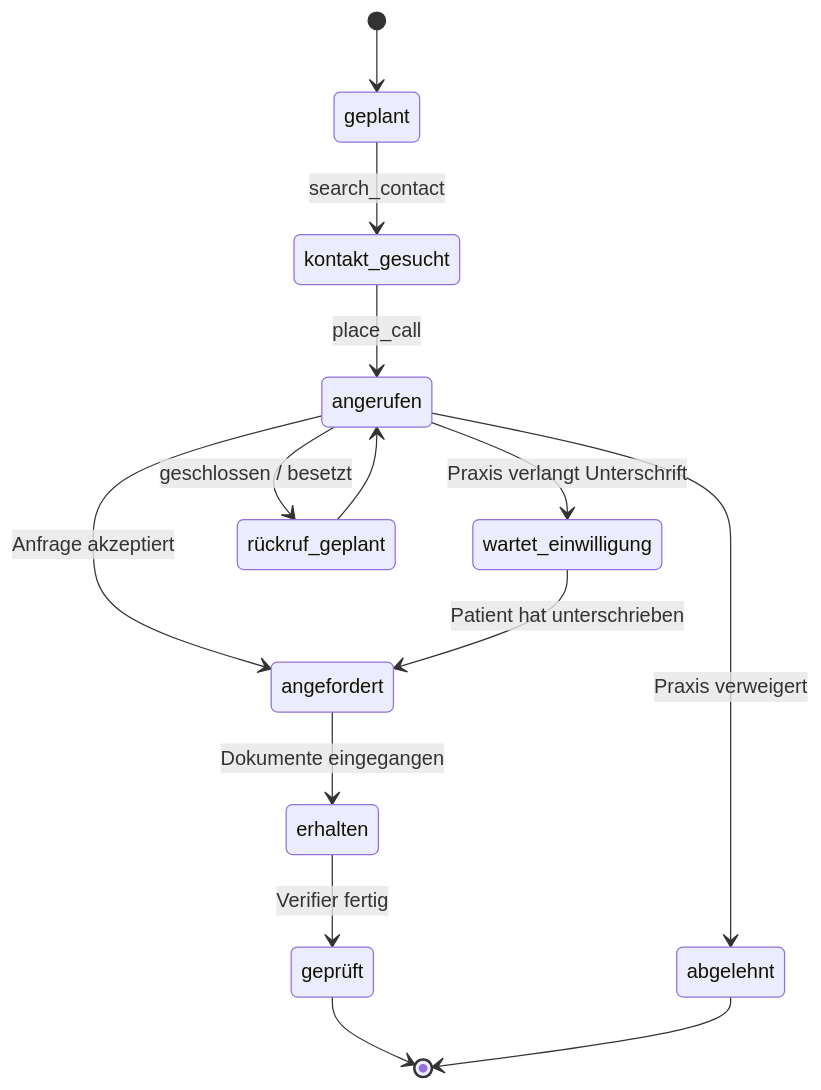
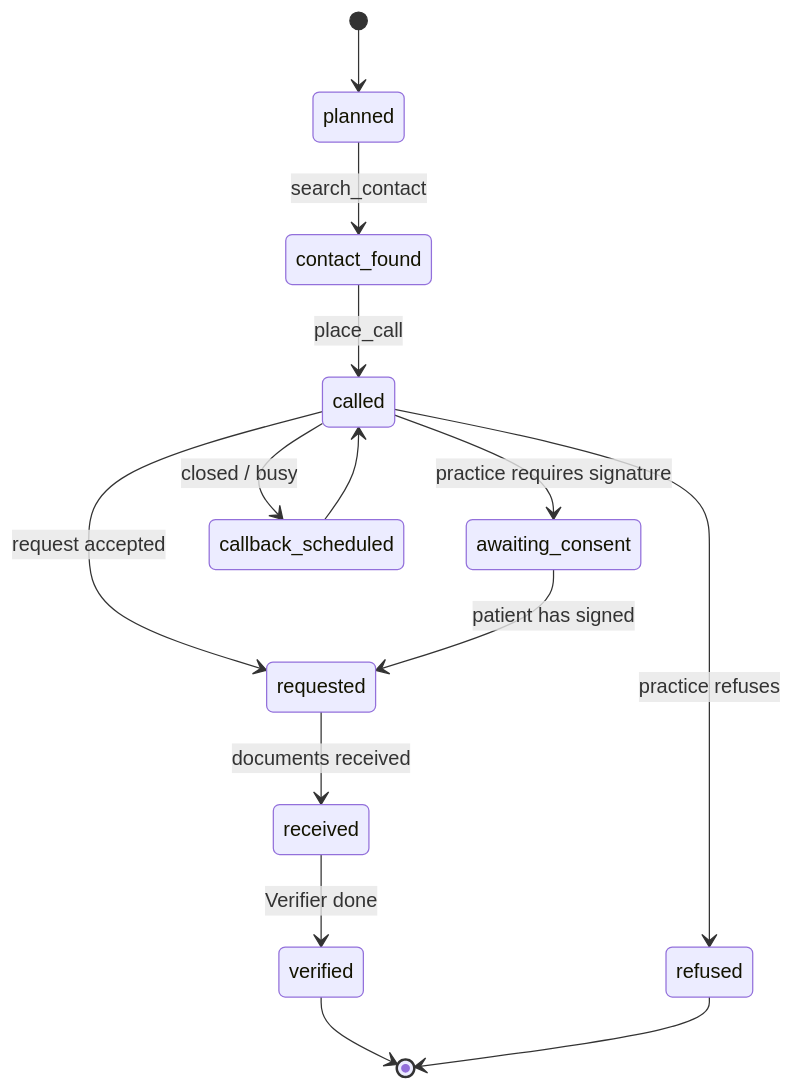
Before and after one commit to SuterGabriel/stafette: the third of 7 diagrams in docs/ARCHITECTURE.md, drawn with Mermaid. The commit also changed other lines of this file and 16 other files, not shown here.

First line of the commit message:
Docs: translate READMEs, docs and diagrams to English

````diff
--- a/docs/ARCHITECTURE.md
+++ b/docs/ARCHITECTURE.md
@@ -86,16 +86,16 @@
 ```mermaid
 stateDiagram-v2
-    [*] --> geplant
-    geplant --> kontakt_gesucht: search_contact
-    kontakt_gesucht --> angerufen: place_call
-    angerufen --> wartet_einwilligung: Praxis verlangt Unterschrift
-    angerufen --> rückruf_geplant: geschlossen / besetzt
-    angerufen --> angefordert: Anfrage akzeptiert
-    wartet_einwilligung --> angefordert: Patient hat unterschrieben
-    rückruf_geplant --> angerufen
-    angefordert --> erhalten: Dokumente eingegangen
-    erhalten --> geprüft: Verifier fertig
-    geprüft --> [*]
-    angerufen --> abgelehnt: Praxis verweigert
-    abgelehnt --> [*]
+    [*] --> planned
+    planned --> contact_found: search_contact
+    contact_found --> called: place_call
+    called --> awaiting_consent: practice requires signature
+    called --> callback_scheduled: closed / busy
+    called --> requested: request accepted
+    awaiting_consent --> requested: patient has signed
+    callback_scheduled --> called
+    requested --> received: documents received
+    received --> verified: Verifier done
+    verified --> [*]
+    called --> refused: practice refuses
+    refused --> [*]
 ```
````
